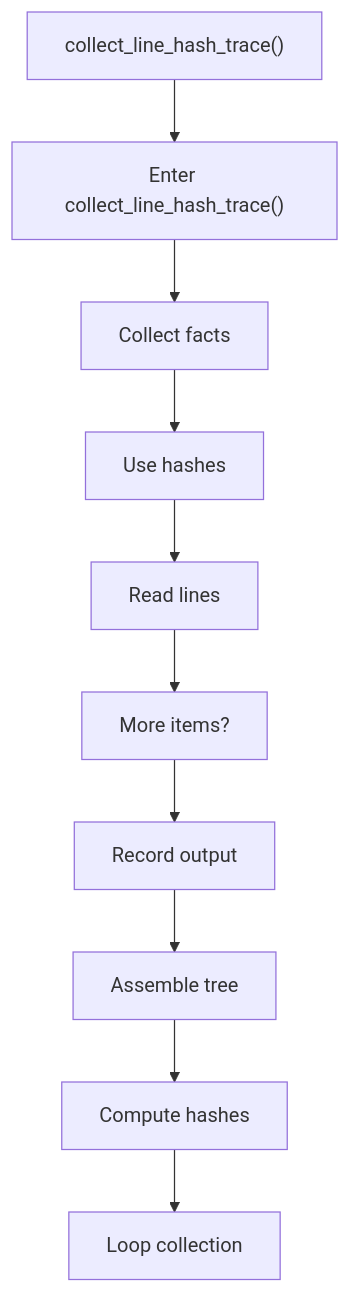
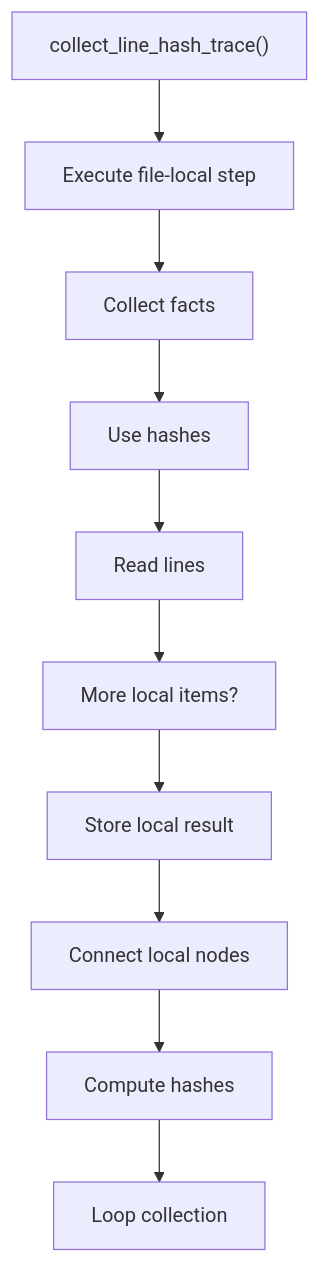
The ninth of 10 diagrams in docs/Codebase/Microservice/Modules/Source/Trees/ClassGeneration/Actual/Internal/registry.cpp.md (JohnAndrewBalbarosa/NeoTerritory), drawn with Mermaid before and after one commit. The commit also changed other lines of this file and 915 other files, not shown here.

````diff
--- a/docs/Codebase/Microservice/Modules/Source/Trees/ClassGeneration/Actual/Internal/registry.cpp.md
+++ b/docs/Codebase/Microservice/Modules/Source/Trees/ClassGeneration/Actual/Internal/registry.cpp.md
@@ -281,22 +280,22 @@
 ```mermaid
 flowchart TD
     N0["collect_line_hash_trace()"]
-    N1["Enter collect_line_hash_trace()"]
+    N1["Execute file-local step"]
     N2["Collect facts"]
     N3["Use hashes"]
     N4["Read lines"]
-    N5["More items?"]
-    N6["Record output"]
-    N7["Assemble tree"]
+    N5["More local items?"]
+    N6["Store local result"]
+    N7["Connect local nodes"]
     N8["Compute hashes"]
     N9["Loop collection"]
     N0 --> N1
     N1 --> N2
     N2 --> N3
     N3 --> N4
     N4 --> N5
     N5 --> N6
     N6 --> N7
     N7 --> N8
     N8 --> N9
 ```
````
